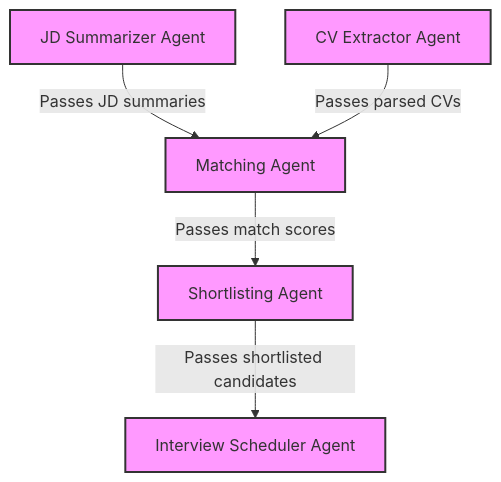
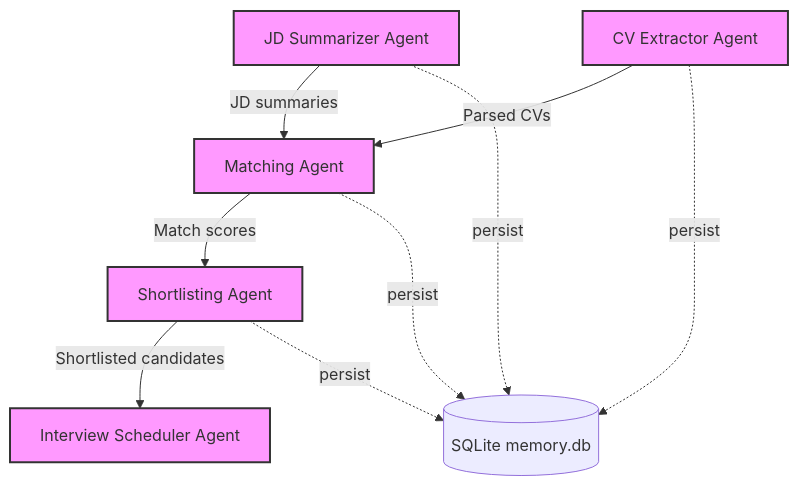
Before and after one commit to Prachibagasi/Praxiator-A-Multi-Agent-AI-Recruitment-Intelligence-System: the diagram in README.md, drawn with Mermaid. The commit also changed other lines of this file, not shown here.

Commit message:
pixilator - multi agent ai system

````diff
--- a/README.md
+++ b/README.md
@@ -168,10 +41,11 @@
 ```mermaid
 graph TD
-    A[JD Summarizer Agent] -->|Passes JD summaries| C[Matching Agent]
-    B[CV Extractor Agent] -->|Passes parsed CVs| C
-    C -->|Passes match scores| D[Shortlisting Agent]
-    D -->|Passes shortlisted candidates| E[Interview Scheduler Agent]
-    
+    A[JD Summarizer Agent] -->|JD summaries| C[Matching Agent]
+    B[CV Extractor Agent] -->|Parsed CVs| C
+    C -->|Match scores| D[Shortlisting Agent]
+    D -->|Shortlisted candidates| E[Interview Scheduler Agent]
+    A & B & C & D -.->|persist| DB[(SQLite memory.db)]
+
     classDef agent fill:#f9f,stroke:#333,stroke-width:2px;
     class A,B,C,D,E agent;
 ```
````
